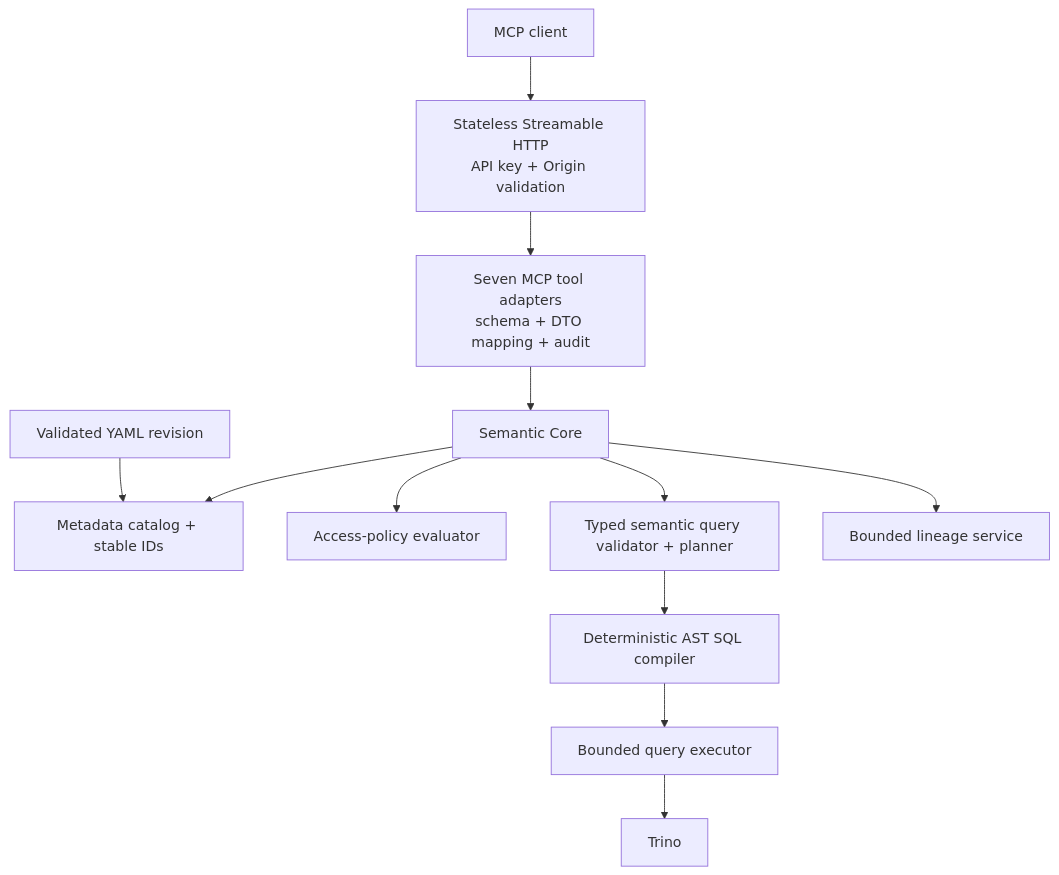
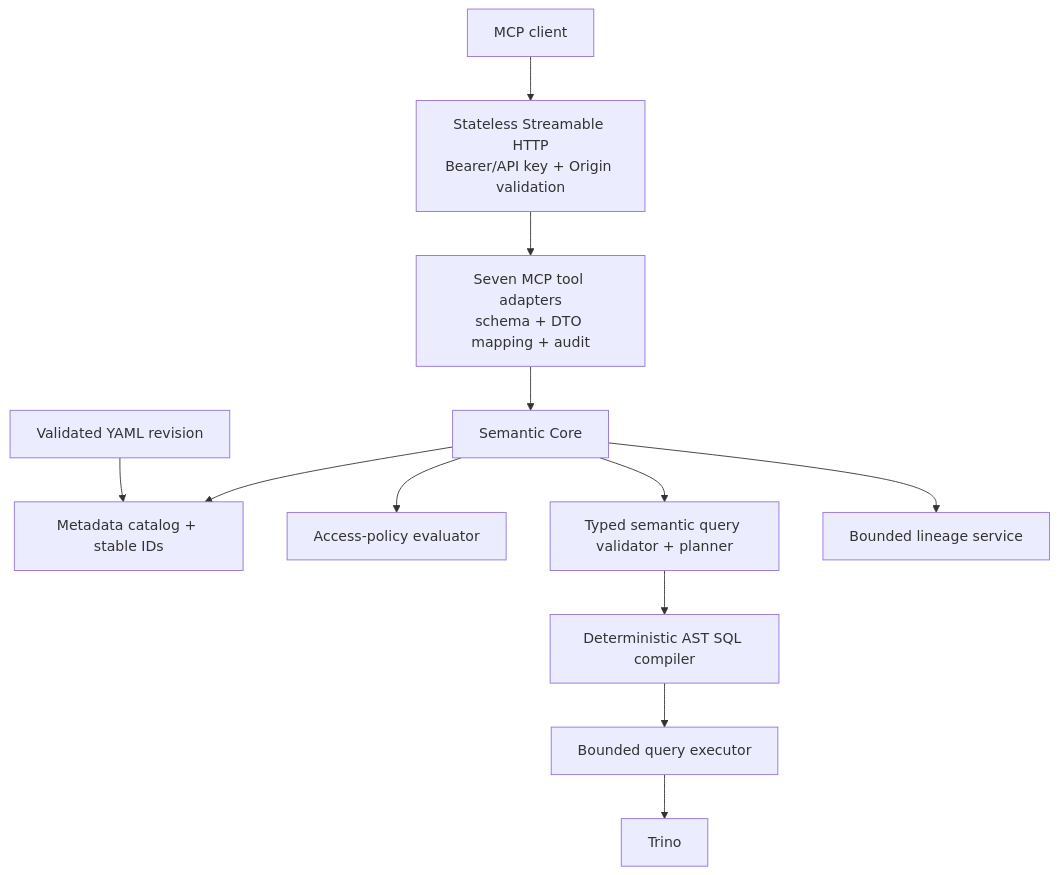
Before and after one commit to tonyxtonyx/witness: the diagram in docs/mcp.md, drawn with Mermaid. The commit also changed other lines of this file and 81 other files, not shown here.

````diff
--- a/docs/mcp.md
+++ b/docs/mcp.md
@@ -14,23 +14,23 @@
 ```mermaid
 flowchart TD
     CLIENT["MCP client"]
-    TRANSPORT["Stateless Streamable HTTP<br/>API key + Origin validation"]
+    TRANSPORT["Stateless Streamable HTTP<br/>Bearer/API key + Origin validation"]
     TOOLS["Seven MCP tool adapters<br/>schema + DTO mapping + audit"]
     CORE["Semantic Core"]
     META["Metadata catalog + stable IDs"]
     POLICY["Access-policy evaluator"]
     QUERY["Typed semantic query validator + planner"]
     LINEAGE["Bounded lineage service"]
     COMPILER["Deterministic AST SQL compiler"]
     EXECUTOR["Bounded query executor"]
     YAML["Validated YAML revision"]
     TRINO["Trino"]
 
     CLIENT --> TRANSPORT --> TOOLS --> CORE
     CORE --> META
     CORE --> POLICY
     CORE --> QUERY
     CORE --> LINEAGE
     QUERY --> COMPILER --> EXECUTOR --> TRINO
     YAML --> META
 ```
````
